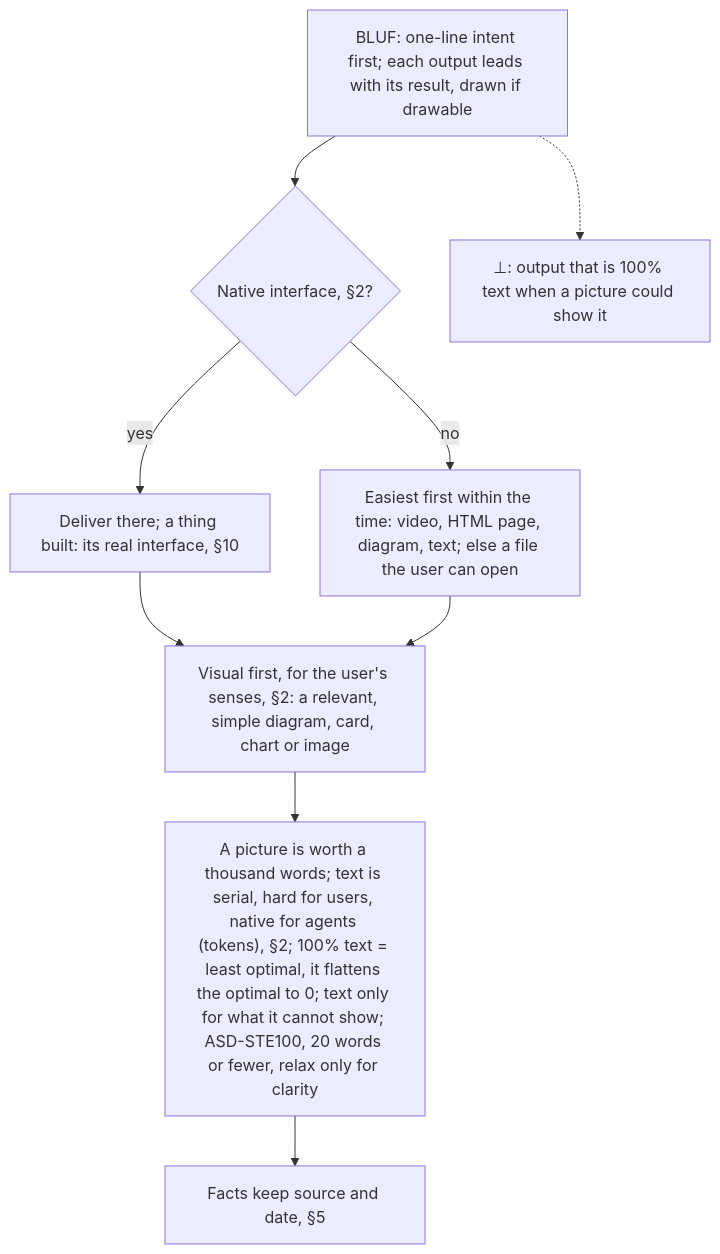
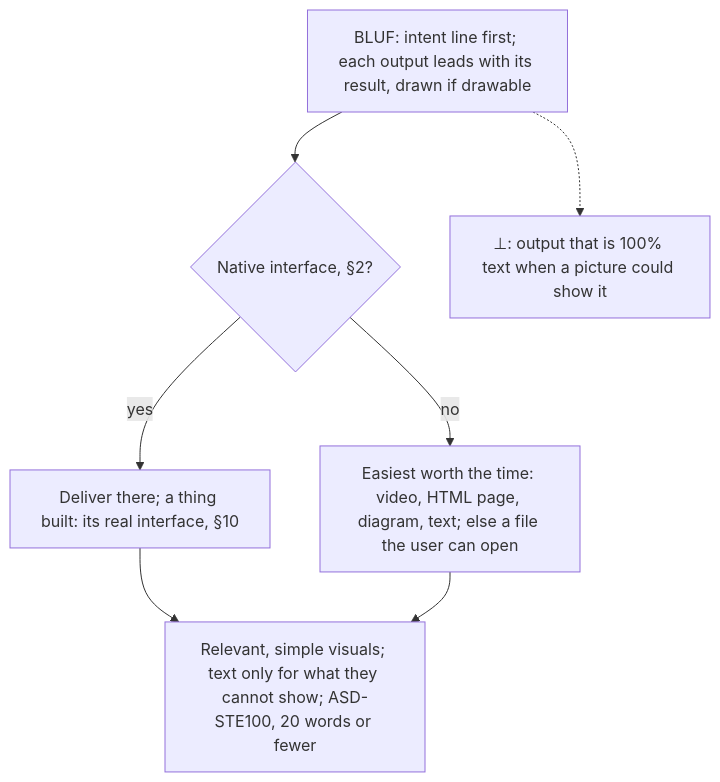
One commit to SolenixAI/arbiter changed diagram 12 of 14 in AGENTS.md. Above: the diagram before and after it, drawn with Mermaid. The commit also changed other lines of this file and 5 other files, not shown here.

First line of the commit message:
feat(agents): root v2, every token earns its place, 0 contradictions with 5:0 (#52)

````diff
--- a/AGENTS.md
+++ b/AGENTS.md
@@ -591,11 +473,9 @@
 ```mermaid
 flowchart TD
-  IL["BLUF: one-line intent first; each output leads with its result, drawn if drawable"] --> N{Native interface, §2?}
+  IL["BLUF: intent line first; each output leads with its result, drawn if drawable"] --> N{"Native interface, §2?"}
   N -->|yes| V["Deliver there; a thing built: its real interface, §10"]
-  N -->|no| F["Easiest first within the time: video, HTML page, diagram, text; else a file the user can open"]
-  V --> VF["Visual first, for the user's senses, §2: a relevant, simple diagram, card, chart or image"]
-  F --> VF
-  VF --> T["A picture is worth a thousand words; text is serial, hard for users, native for agents (tokens), §2; 100% text = least optimal, it flattens the optimal to 0; text only for what it cannot show; ASD-STE100, 20 words or fewer, relax only for clarity"]
-  T --> E["Facts keep source and date, §5"]
+  N -->|no| F["Easiest worth the time: video, HTML page, diagram, text; else a file the user can open"]
+  V --> T["Relevant, simple visuals; text only for what they cannot show; ASD-STE100, 20 words or fewer"]
+  F --> T
   IL -.-> BOT["⊥: output that is 100% text when a picture could show it"]
 ```
````
